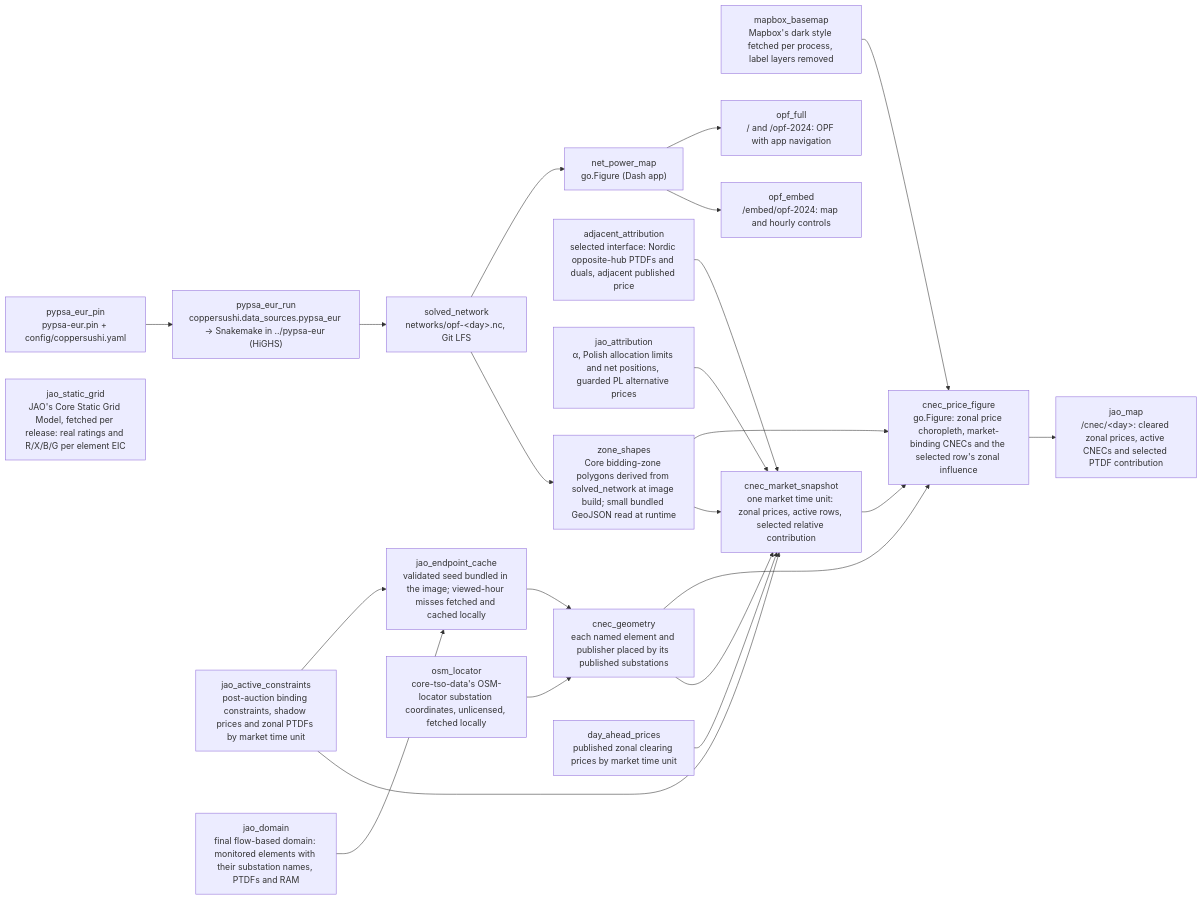
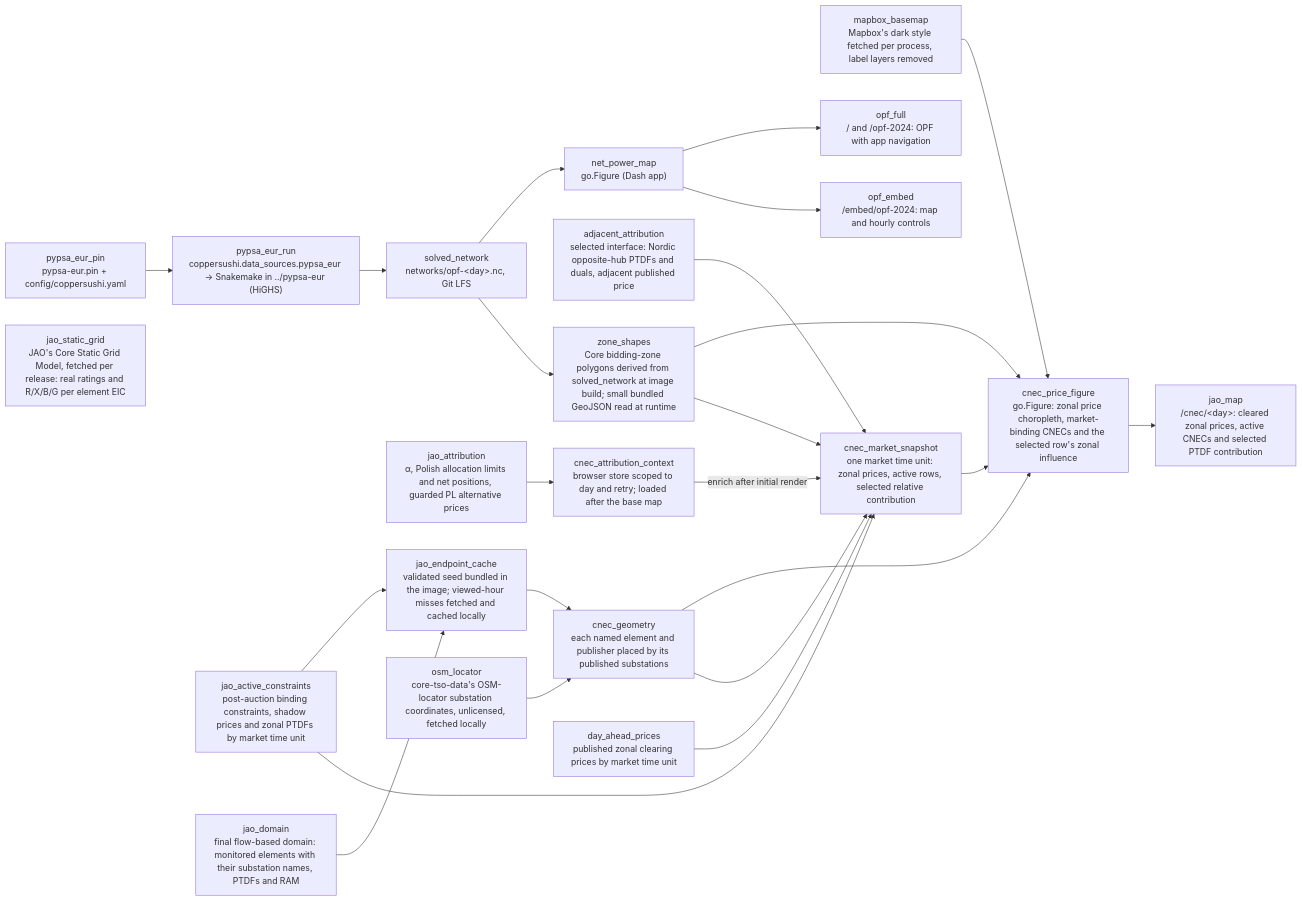
One commit to zoltanmaric/coppersushi changed the diagram in wiki/sushi-2.md. Above: the diagram before and after it, drawn with Mermaid. The commit also changed 4 other files, not shown here.

Commit message:
Render the CNEC map before loading attribution

````diff
--- a/wiki/sushi-2.md
+++ b/wiki/sushi-2.md
@@ -17,50 +17,52 @@
 ```mermaid
 flowchart LR
     classDef planned stroke-dasharray: 5 5,stroke:#888,fill:none
 
     net_power_map["net_power_map<br/>go.Figure (Dash app)"]
 
     pypsa_eur_pin["pypsa_eur_pin<br/>pypsa-eur.pin + config/coppersushi.yaml"]
     pypsa_eur_run["pypsa_eur_run<br/>coppersushi.data_sources.pypsa_eur → Snakemake in ../pypsa-eur (HiGHS)"]
     solved_network["solved_network<br/>networks/opf-&lt;day&gt;.nc, Git LFS"]
     jao_active_constraints["jao_active_constraints<br/>post-auction binding constraints, shadow prices and zonal PTDFs by market time unit"]
     adjacent_attribution["adjacent_attribution<br/>selected interface: Nordic opposite-hub PTDFs and duals, adjacent published price"]
     jao_attribution["jao_attribution<br/>α, Polish allocation limits and net positions, guarded PL alternative prices"]
+    cnec_attribution_context["cnec_attribution_context<br/>browser store scoped to day and retry; loaded after the base map"]
     jao_domain["jao_domain<br/>final flow-based domain: monitored elements with their substation names, PTDFs and RAM"]
     jao_endpoint_cache["jao_endpoint_cache<br/>validated seed bundled in the image; viewed-hour misses fetched and cached locally"]
     osm_locator["osm_locator<br/>core-tso-data's OSM-locator substation coordinates, unlicensed, fetched locally"]
     cnec_geometry["cnec_geometry<br/>each named element and publisher placed by its published substations"]
     zone_shapes["zone_shapes<br/>Core bidding-zone polygons derived from solved_network at image build; small bundled GeoJSON read at runtime"]
     mapbox_basemap["mapbox_basemap<br/>Mapbox's dark style fetched per process, label layers removed"]
 
     jao_static_grid["jao_static_grid<br/>JAO's Core Static Grid Model, fetched per release: real ratings and R/X/B/G per element EIC"]
 
     day_ahead_prices["day_ahead_prices<br/>published zonal clearing prices by market time unit"]
     cnec_market_snapshot["cnec_market_snapshot<br/>one market time unit: zonal prices, active rows, selected relative contribution"]
     cnec_price_figure["cnec_price_figure<br/>go.Figure: zonal price choropleth, market-binding CNECs and the selected row's zonal influence"]
     jao_map["jao_map<br/>/cnec/&lt;day&gt;: cleared zonal prices, active CNECs and selected PTDF contribution"]
 
     pypsa_eur_pin --> pypsa_eur_run
     pypsa_eur_run --> solved_network
     opf_full["opf_full<br/>/ and /opf-2024: OPF with app navigation"]
     opf_embed["opf_embed<br/>/embed/opf-2024: map and hourly controls"]
     net_power_map --> opf_full
     net_power_map --> opf_embed
     solved_network --> net_power_map
     solved_network --> zone_shapes
     zone_shapes --> cnec_price_figure
     jao_domain --> jao_endpoint_cache
     jao_active_constraints --> jao_endpoint_cache
     jao_endpoint_cache --> cnec_geometry
     osm_locator --> cnec_geometry
     cnec_geometry --> cnec_price_figure
     mapbox_basemap --> cnec_price_figure
     adjacent_attribution --> cnec_market_snapshot
-    jao_attribution --> cnec_market_snapshot
+    jao_attribution --> cnec_attribution_context
+    cnec_attribution_context -->|enrich after initial render| cnec_market_snapshot
     cnec_geometry --> cnec_market_snapshot
     zone_shapes --> cnec_market_snapshot
     jao_active_constraints --> cnec_market_snapshot
     day_ahead_prices --> cnec_market_snapshot
     cnec_market_snapshot --> cnec_price_figure
     cnec_price_figure --> jao_map
 ```
````
